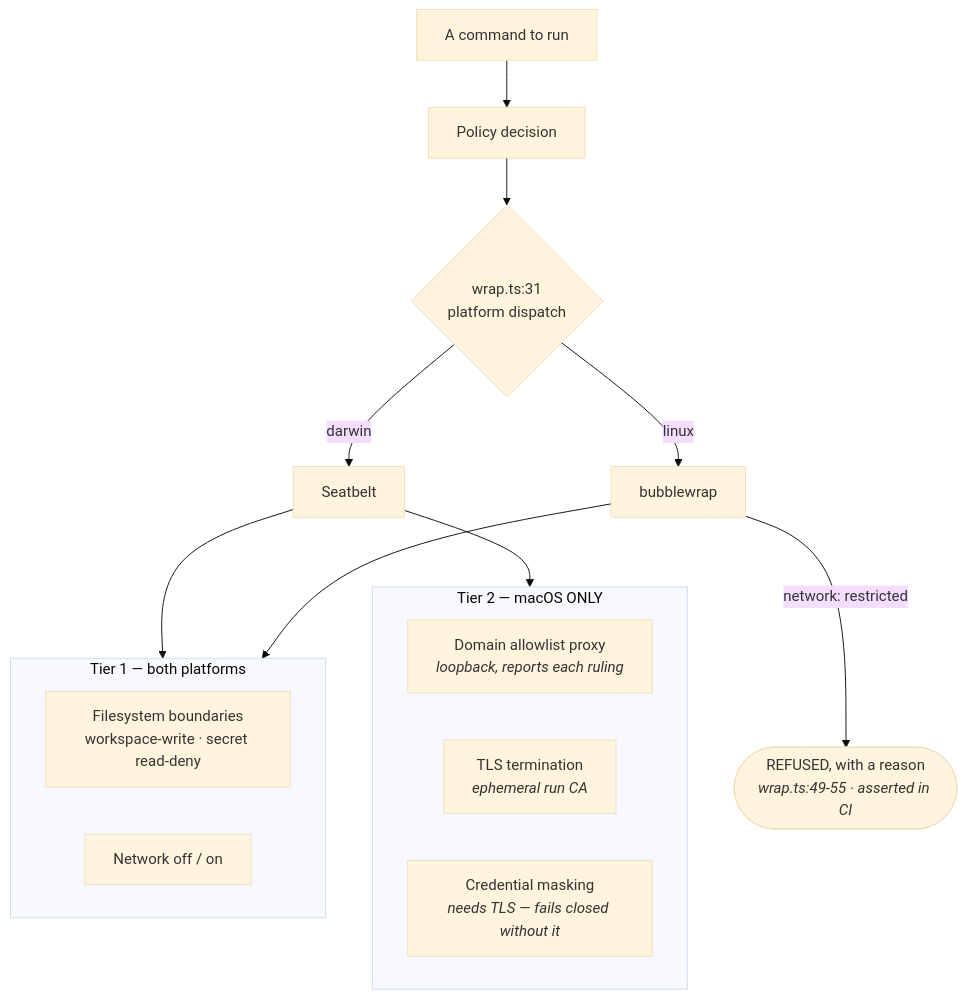
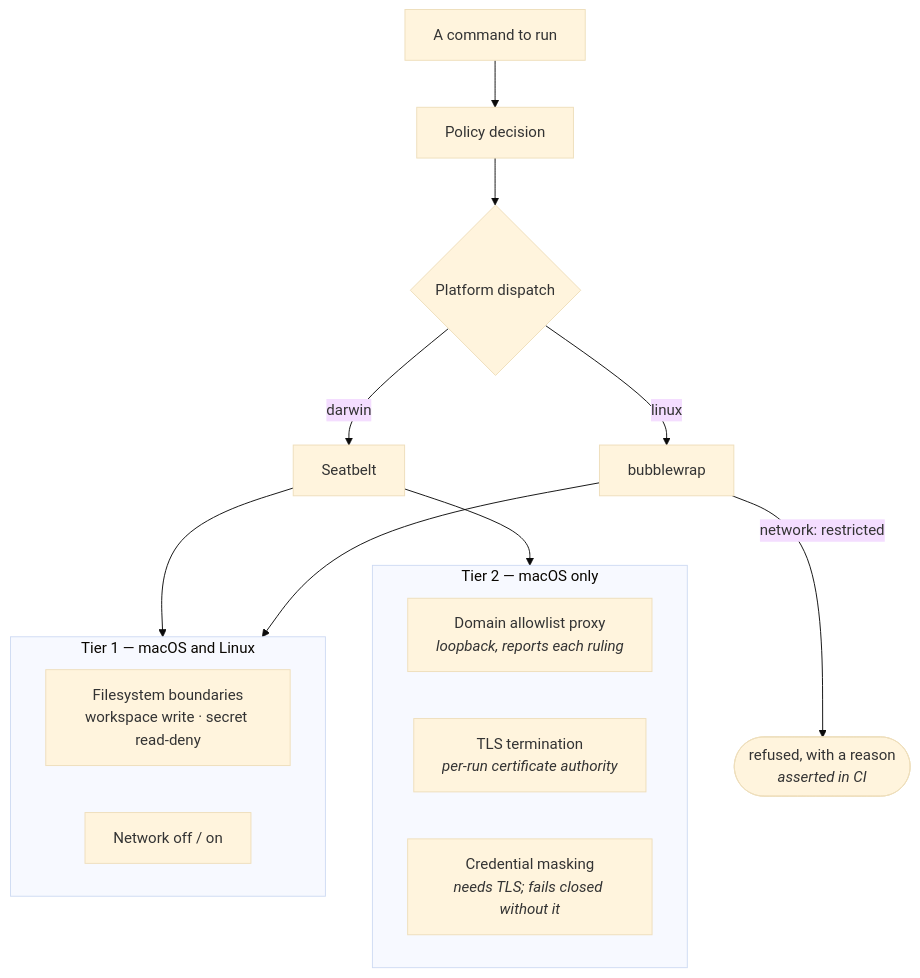
Before and after one commit to MrCipherSmith/keryx: the fifth of 6 diagrams in docs/docs/architecture.md, drawn with Mermaid (base theme). The commit also changed other lines of this file and 14 other files, not shown here.

First line of the commit message:
docs: install, quickstart tutorial, concepts, troubleshooting, security model; architecture, harness, limitations rewritten; onboarding and complete-setup split into new pages

````diff
--- a/docs/docs/architecture.md
+++ b/docs/docs/architecture.md
@@ -388,21 +347,21 @@
 ```mermaid
 flowchart TB
-  subgraph T1["Tier 1 — both platforms"]
-    FS["Filesystem boundaries<br/>workspace-write · secret read-deny"]
+  subgraph T1["Tier 1 — macOS and Linux"]
+    FS["Filesystem boundaries<br/>workspace write · secret read-deny"]
     NET["Network off / on"]
   end
-  subgraph T2["Tier 2 — macOS ONLY"]
+  subgraph T2["Tier 2 — macOS only"]
     AL["Domain allowlist proxy<br/><i>loopback, reports each ruling</i>"]
-    TLS["TLS termination<br/><i>ephemeral run CA</i>"]
-    MASK["Credential masking<br/><i>needs TLS — fails closed without it</i>"]
+    TLS["TLS termination<br/><i>per-run certificate authority</i>"]
+    MASK["Credential masking<br/><i>needs TLS; fails closed without it</i>"]
   end
 
   CMD["A command to run"] --> POL["Policy decision"]
-  POL --> W{"wrap.ts:31<br/>platform dispatch"}
+  POL --> W{"Platform dispatch"}
   W -->|"darwin"| SB["Seatbelt"]
   W -->|"linux"| BW["bubblewrap"]
   SB --> T1
   SB --> T2
   BW --> T1
-  BW -->|"network: restricted"| REF(["REFUSED, with a reason<br/><i>wrap.ts:49-55 · asserted in CI</i>"])
+  BW -->|"network: restricted"| REF(["refused, with a reason<br/><i>asserted in CI</i>"])
 ```
````
